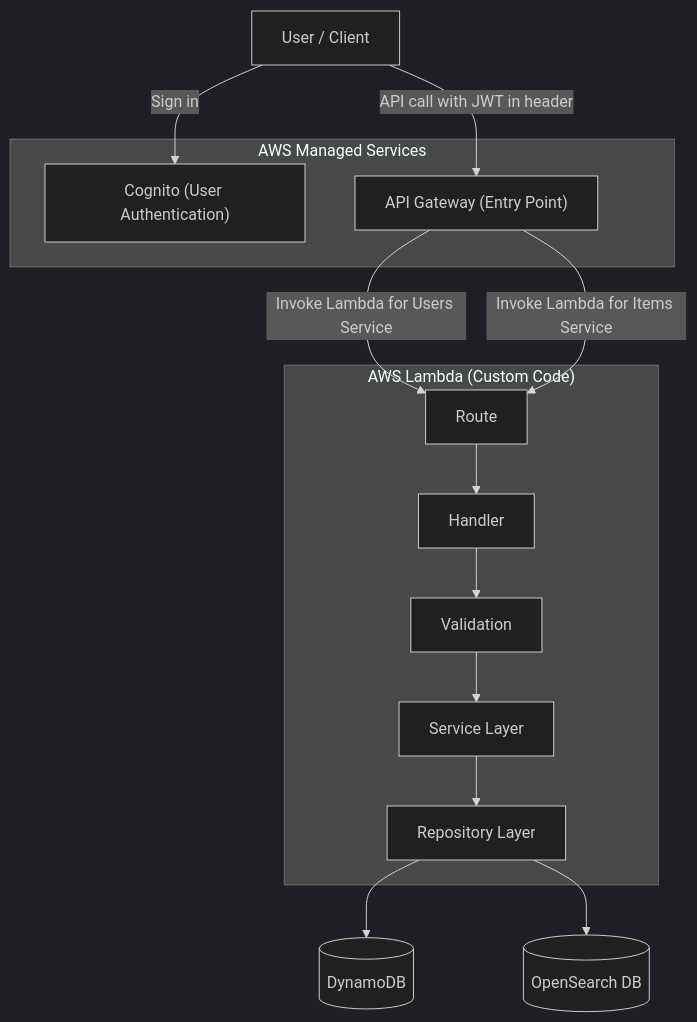
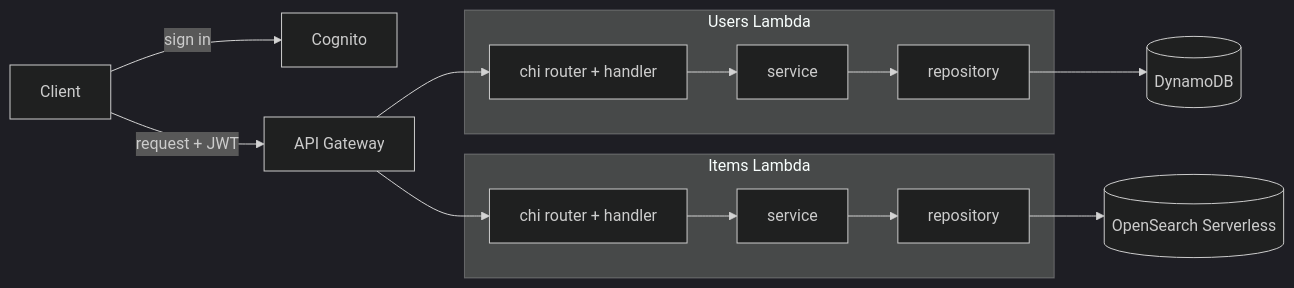
The diagram in README.md (usman250994/go-serverless-microservices), drawn with Mermaid (dark theme) before and after one commit. The commit also changed other lines of this file, not shown here.

Commit message:
README: clearer pitch, architecture diagram, trade-offs and honest limitations

````diff
--- a/README.md
+++ b/README.md
@@ -27,40 +15,27 @@
 ```mermaid
-flowchart TD
-  %% --- AWS Services Layer ---
-  subgraph AWS["AWS Managed Services"]
-    Cognito["Cognito (User Authentication)"]
-    APIGW["API Gateway (Entry Point)"]
-  end
+flowchart LR
+    Client["Client"]
+    Cognito["Cognito"]
+    APIGW["API Gateway"]
+    subgraph UsersLambda["Users Lambda"]
+        UH["chi router + handler"]
+        US["service"]
+        UR["repository"]
+        UH --> US --> UR
+    end
+    subgraph ItemsLambda["Items Lambda"]
+        IH["chi router + handler"]
+        IS["service"]
+        IR["repository"]
+        IH --> IS --> IR
+    end
+    DDB[("DynamoDB")]
+    OS[("OpenSearch Serverless")]
 
-  %% --- Lambda Layer ---
-  subgraph Lambda["AWS Lambda (Custom Code)"]
-    Route["Route"]
-    Handler["Handler"]
-    Validator["Validation"]
-    Service["Service Layer"]
-    Repo["Repository Layer"]
-  end
-
-  %% --- Databases ---
-  DynamoDB[("DynamoDB")]
-  OpenSearchDB[("OpenSearch DB")]
-
-  %% --- Client/User ---
-  User["User / Client"]
-
-  %% --- Flows ---
-  User -->|Sign in| Cognito
-  User -->|API call with JWT in header| APIGW
-  APIGW -->|Invoke Lambda for Users Service| Route
-  APIGW -->|Invoke Lambda for Items Service| Route
-
-  %% Inside Lambda execution path
-  Route --> Handler
-  Handler --> Validator
-  Validator --> Service
-  Service --> Repo
-
-  %% Repos to DBs
-  Repo --> DynamoDB
-  Repo --> OpenSearchDB
+    Client -->|"sign in"| Cognito
+    Client -->|"request + JWT"| APIGW
+    APIGW --> UH
+    APIGW --> IH
+    UR --> DDB
+    IR --> OS
 ```
````
